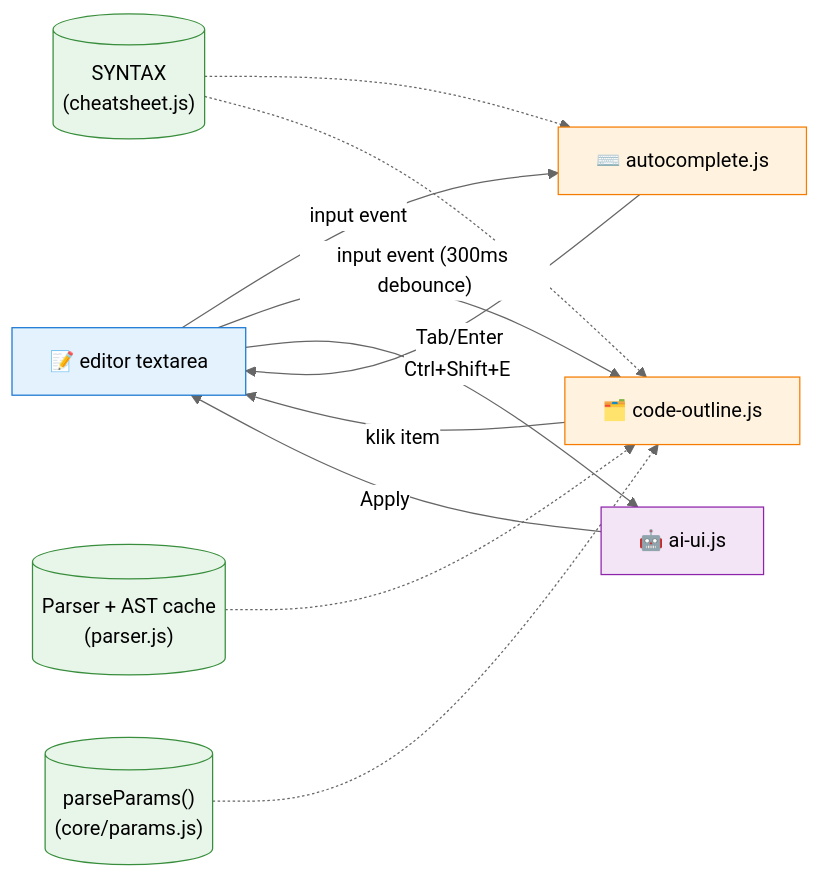
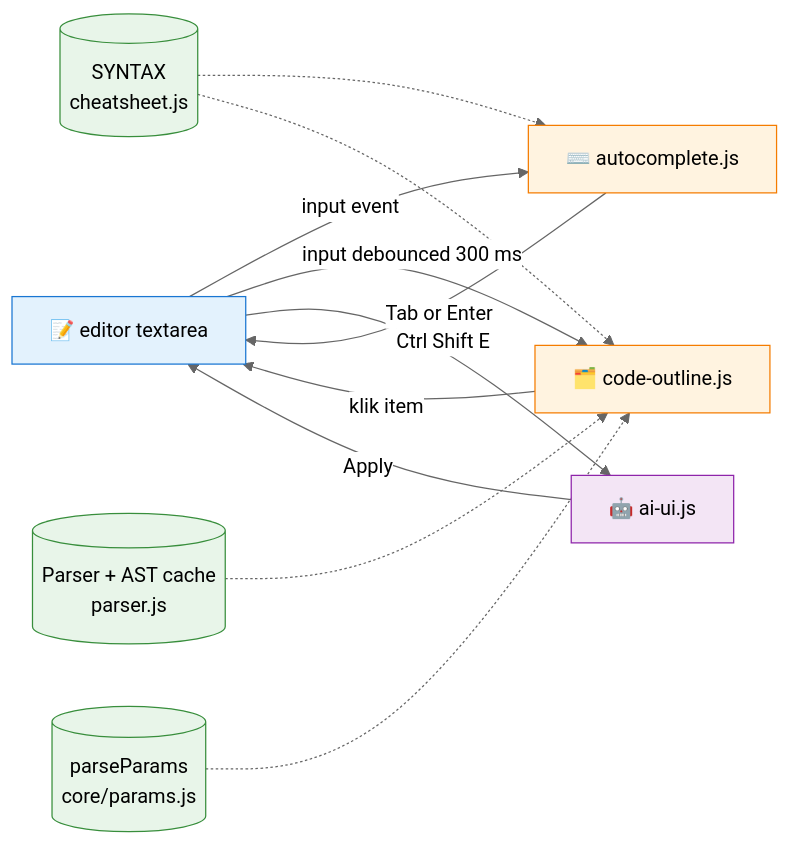
One commit to alth45/mini-open-scad changed the fourth of 5 diagrams in docs-md/architecture.md. Above: the diagram before and after it, drawn with Mermaid (neutral theme).

Commit message:
fix: update flowchart labels for clarity in architecture documentation

````diff
--- a/docs-md/architecture.md
+++ b/docs-md/architecture.md
@@ -436,27 +436,27 @@
 ```mermaid
 flowchart LR
-    E["📝 editor textarea"] -->|"input event"| AC["⌨️ autocomplete.js"]
-    E -->|"input event (300ms debounce)"| CO["🗂️ code-outline.js"]
-    E -->|"Ctrl+Shift+E"| AI["🤖 ai-ui.js"]
+    ED["📝 editor textarea"] -->|"input event"| AC["⌨️ autocomplete.js"]
+    ED -->|"input debounced 300 ms"| CO["🗂️ code-outline.js"]
+    ED -->|"Ctrl Shift E"| AI["🤖 ai-ui.js"]
 
-    SYNTAX[("SYNTAX<br/>(cheatsheet.js)")]
-    PARSER[("Parser + AST cache<br/>(parser.js)")]
-    PARAMS[("parseParams()<br/>(core/params.js)")]
+    SYNTAX[("SYNTAX<br/>cheatsheet.js")]
+    PARSER[("Parser + AST cache<br/>parser.js")]
+    PARAMS[("parseParams<br/>core/params.js")]
 
     SYNTAX -.-> AC
     SYNTAX -.-> CO
     PARSER -.-> CO
     PARAMS -.-> CO
 
-    AC -->|"Tab/Enter"| E
-    CO -->|"klik item"| E
-    AI -->|"Apply"| E
+    AC -->|"Tab or Enter"| ED
+    CO -->|"klik item"| ED
+    AI -->|"Apply"| ED
 
-    style E fill:#e3f2fd,stroke:#1976d2,color:#000
+    style ED fill:#e3f2fd,stroke:#1976d2,color:#000
     style AC fill:#fff3e0,stroke:#f57c00,color:#000
     style CO fill:#fff3e0,stroke:#f57c00,color:#000
     style AI fill:#f3e5f5,stroke:#8e24aa,color:#000
     style SYNTAX fill:#e8f5e9,stroke:#388e3c,color:#000
     style PARSER fill:#e8f5e9,stroke:#388e3c,color:#000
     style PARAMS fill:#e8f5e9,stroke:#388e3c,color:#000
 ```
````
